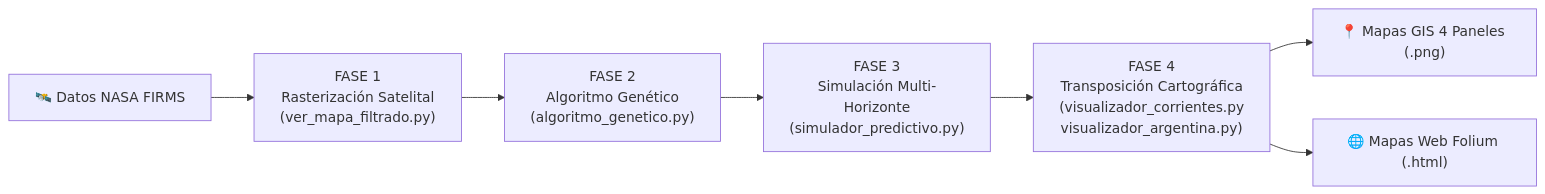
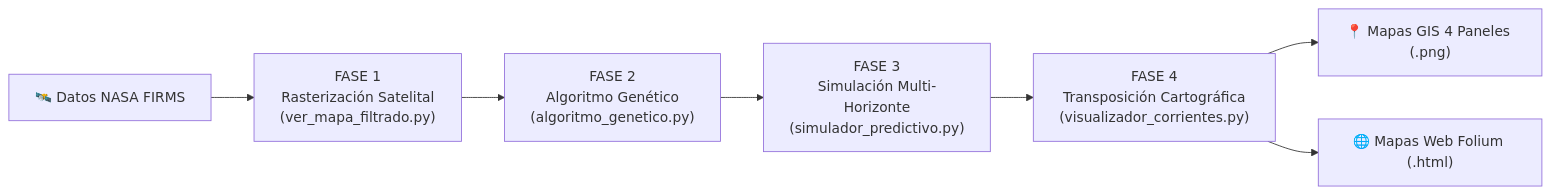
One commit to ConstanFinelli/Incendios-Fractales changed the diagram in README.md. Above: the diagram before and after it, drawn with Mermaid. The commit also changed other lines of this file and 17 other files, not shown here.

````diff
--- a/README.md
+++ b/README.md
@@ -23,9 +23,9 @@
 ```mermaid
 flowchart LR
     A["🛰️ Datos NASA FIRMS"] --> B["FASE 1\nRasterización Satelital\n(ver_mapa_filtrado.py)"]
     B --> C["FASE 2\nAlgoritmo Genético\n(algoritmo_genetico.py)"]
     C --> D["FASE 3\nSimulación Multi-Horizonte\n(simulador_predictivo.py)"]
-    D --> E["FASE 4\nTransposición Cartográfica\n(visualizador_corrientes.py\nvisualizador_argentina.py)"]
+    D --> E["FASE 4\nTransposición Cartográfica\n(visualizador_corrientes.py)"]
     E --> F["📍 Mapas GIS 4 Paneles (.png)"]
     E --> G["🌐 Mapas Web Folium (.html)"]
 ```
````
